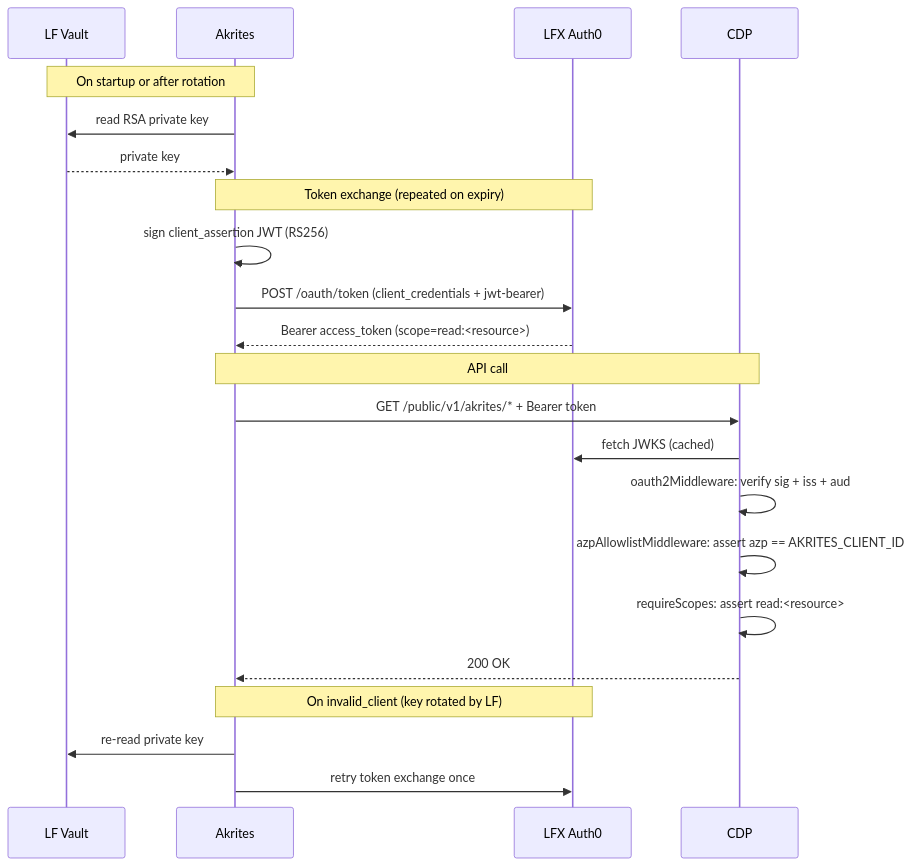
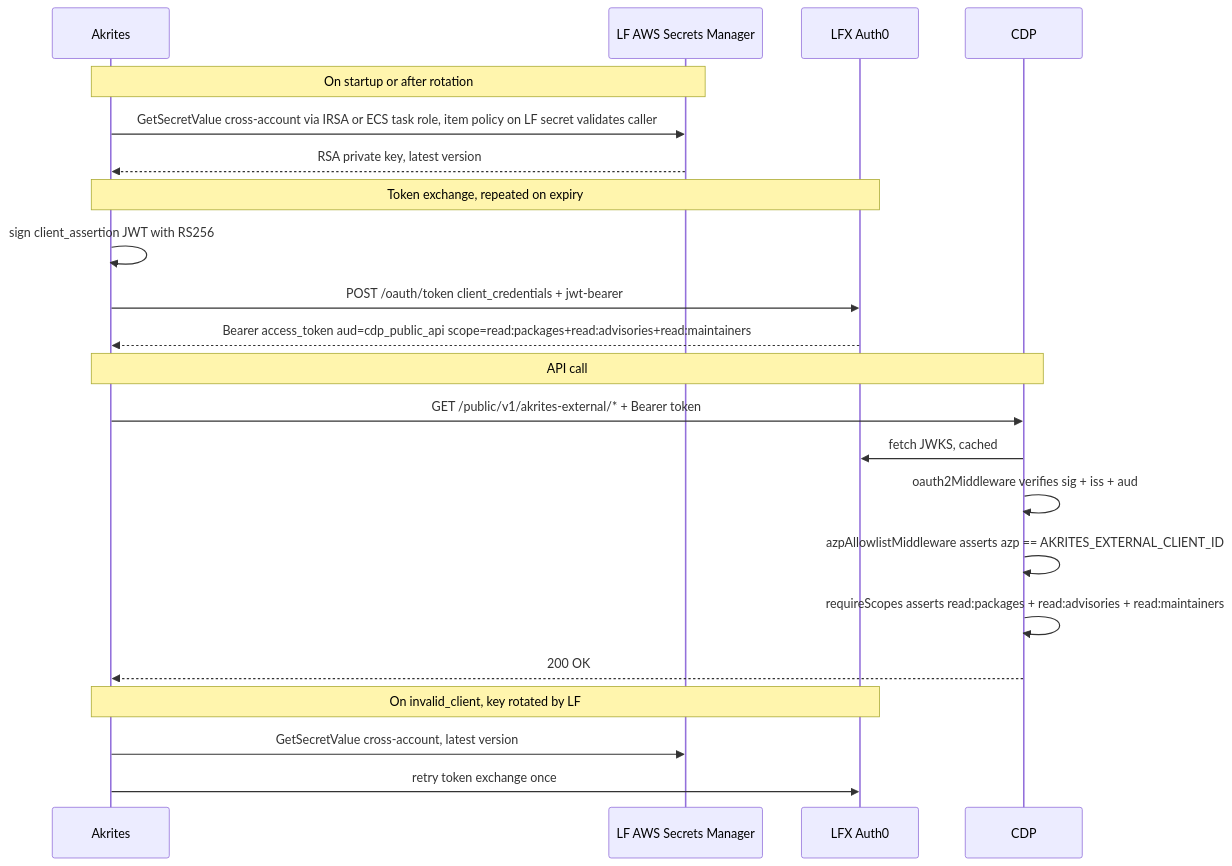
One commit to linuxfoundation/crowd.dev changed the diagram in docs/adr/0009-akrites-cdp-public-api-authentication.md. Above: the diagram before and after it, drawn with Mermaid. The commit also changed other lines of this file, not shown here.

First line of the commit message:
docs: refine ADR-0009 for Akrites CDP auth (CM-1333)

````diff
--- a/docs/adr/0009-akrites-cdp-public-api-authentication.md
+++ b/docs/adr/0009-akrites-cdp-public-api-authentication.md
@@ -31,28 +75,28 @@
 ```mermaid
 sequenceDiagram
-    participant Vault as LF Vault
     participant Akrites
+    participant SM as LF AWS Secrets Manager
     participant Auth0 as LFX Auth0
     participant CDP
 
-    Note over Akrites,Vault: On startup or after rotation
-    Akrites->>Vault: read RSA private key
-    Vault-->>Akrites: private key
+    Note over Akrites,SM: On startup or after rotation
+    Akrites->>SM: GetSecretValue cross-account via IRSA or ECS task role, item policy on LF secret validates caller
+    SM-->>Akrites: RSA private key, latest version
 
-    Note over Akrites,Auth0: Token exchange (repeated on expiry)
-    Akrites->>Akrites: sign client_assertion JWT (RS256)
-    Akrites->>Auth0: POST /oauth/token (client_credentials + jwt-bearer)
-    Auth0-->>Akrites: Bearer access_token (scope=read:<resource>)
+    Note over Akrites,Auth0: Token exchange, repeated on expiry
+    Akrites->>Akrites: sign client_assertion JWT with RS256
+    Akrites->>Auth0: POST /oauth/token client_credentials + jwt-bearer
+    Auth0-->>Akrites: Bearer access_token aud=cdp_public_api scope=read:packages+read:advisories+read:maintainers
 
     Note over Akrites,CDP: API call
-    Akrites->>CDP: GET /public/v1/akrites/* + Bearer token
-    CDP->>Auth0: fetch JWKS (cached)
-    CDP->>CDP: oauth2Middleware: verify sig + iss + aud
-    CDP->>CDP: azpAllowlistMiddleware: assert azp == AKRITES_CLIENT_ID
-    CDP->>CDP: requireScopes: assert read:<resource>
+    Akrites->>CDP: GET /public/v1/akrites-external/* + Bearer token
+    CDP->>Auth0: fetch JWKS, cached
+    CDP->>CDP: oauth2Middleware verifies sig + iss + aud
+    CDP->>CDP: azpAllowlistMiddleware asserts azp == AKRITES_EXTERNAL_CLIENT_ID
+    CDP->>CDP: requireScopes asserts read:packages + read:advisories + read:maintainers
     CDP-->>Akrites: 200 OK
 
-    Note over Akrites,Auth0: On invalid_client (key rotated by LF)
-    Akrites->>Vault: re-read private key
+    Note over Akrites,Auth0: On invalid_client, key rotated by LF
+    Akrites->>SM: GetSecretValue cross-account, latest version
     Akrites->>Auth0: retry token exchange once
 ```
````
